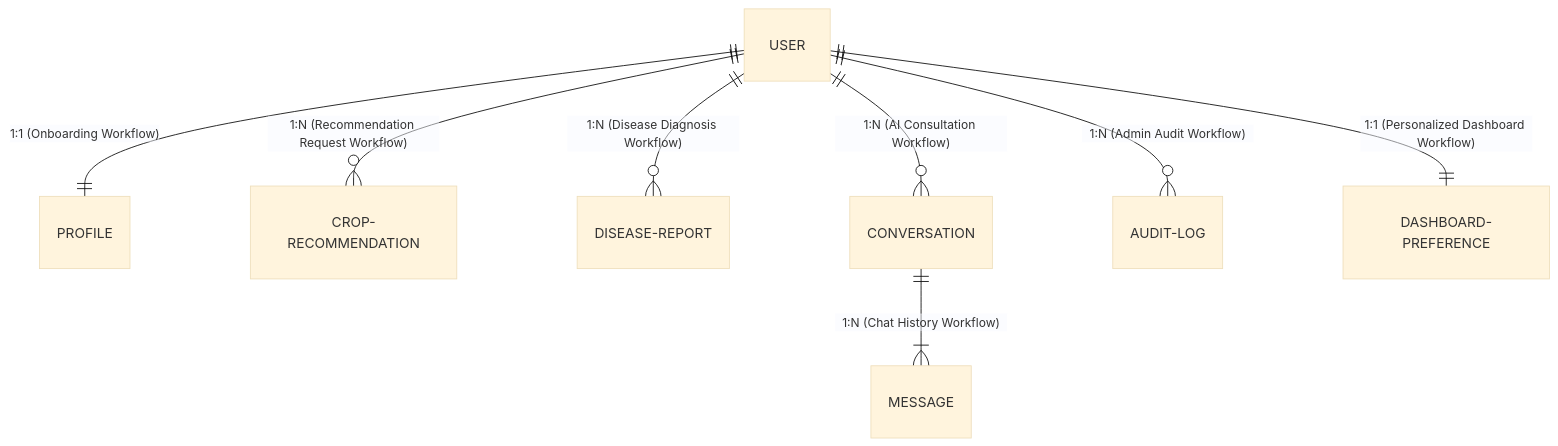
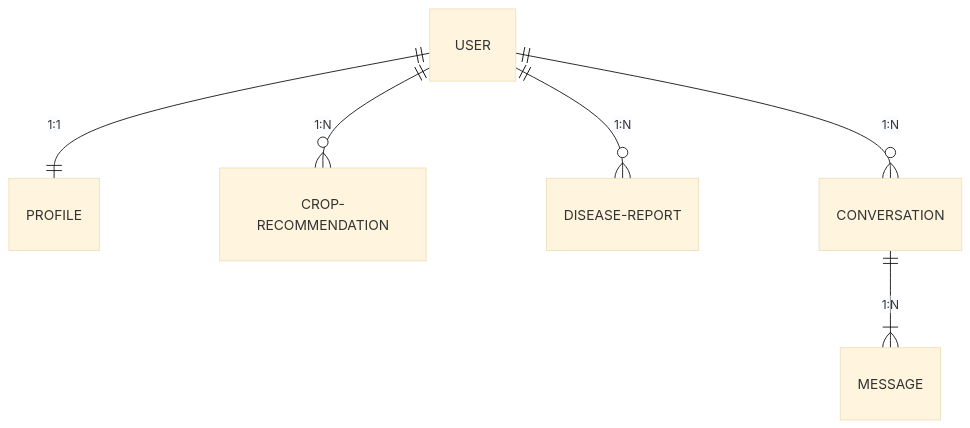
The seventh of 7 diagrams in docs/03-Database-Design.md (RaiyanJiyon/agri-smart-api), drawn with Mermaid (base theme) before and after one commit. The commit also changed other lines of this file and 1 other file, not shown here.

````diff
--- a/docs/03-Database-Design.md
+++ b/docs/03-Database-Design.md
@@ -457,10 +475,8 @@
 ```mermaid
 erDiagram
-    USER ||--|| PROFILE : "1:1 (Onboarding Workflow)"
-    USER ||--o{ CROP-RECOMMENDATION : "1:N (Recommendation Request Workflow)"
-    USER ||--o{ DISEASE-REPORT : "1:N (Disease Diagnosis Workflow)"
-    USER ||--o{ CONVERSATION : "1:N (AI Consultation Workflow)"
-    CONVERSATION ||--|{ MESSAGE : "1:N (Chat History Workflow)"
-    USER ||--o{ AUDIT-LOG : "1:N (Admin Audit Workflow)"
-    USER ||--|| DASHBOARD-PREFERENCE : "1:1 (Personalized Dashboard Workflow)"
+    USER ||--|| PROFILE : "1:1"
+    USER ||--o{ CROP-RECOMMENDATION : "1:N"
+    USER ||--o{ DISEASE-REPORT : "1:N"
+    USER ||--o{ CONVERSATION : "1:N"
+    CONVERSATION ||--|{ MESSAGE : "1:N"
 ```
````
